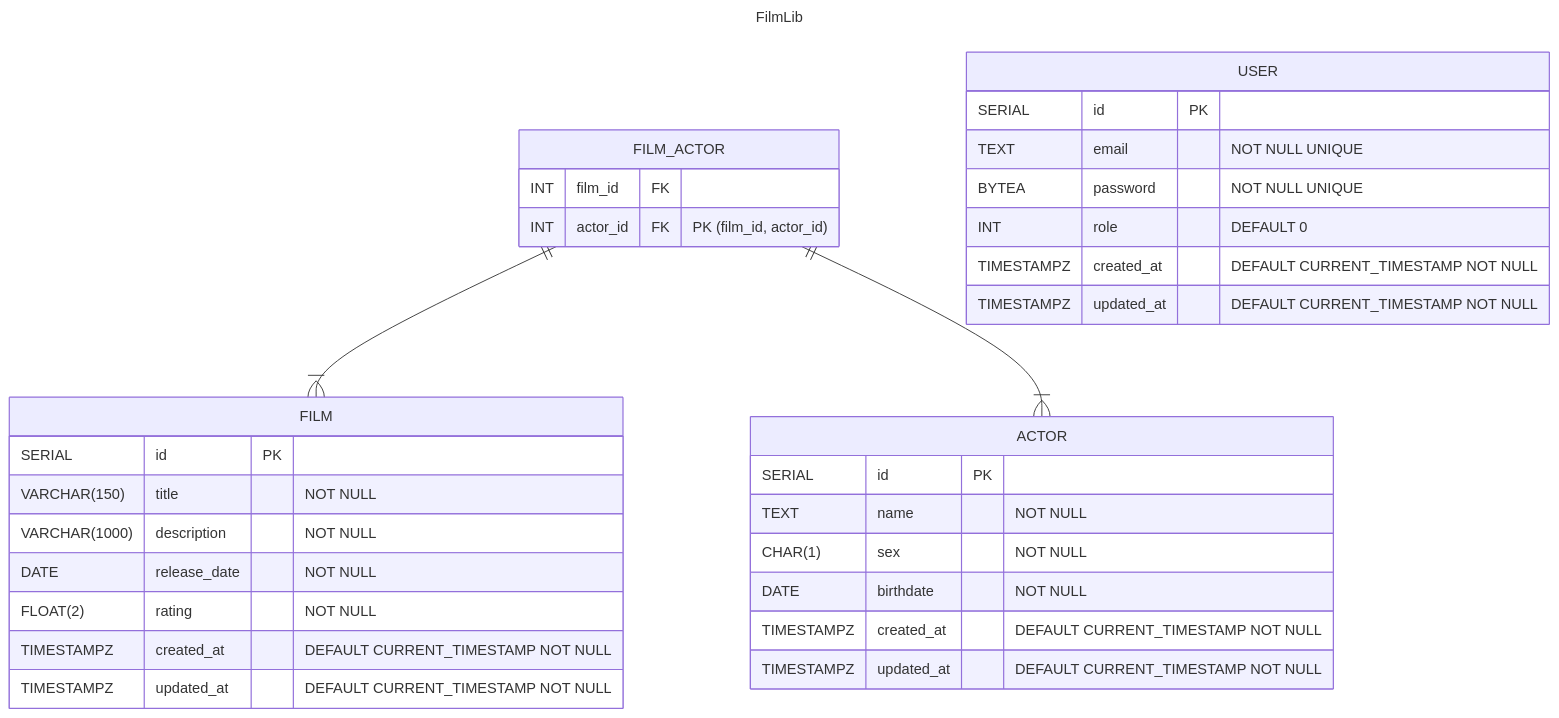
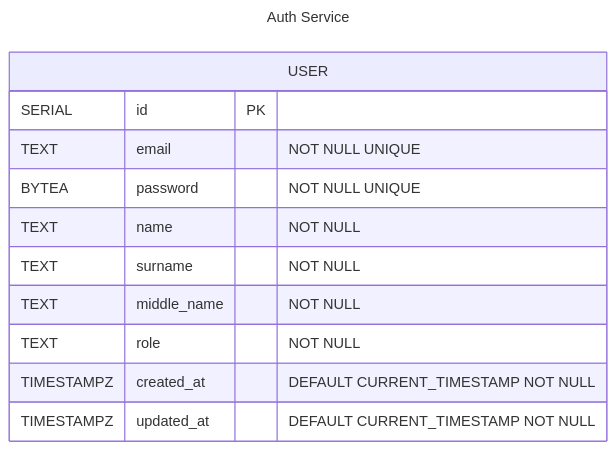
The diagram in docs/db/ER.md (certified-juniors/AtomHackFinalAuthService), drawn with Mermaid before and after one commit. The commit also changed 19 other files, not shown here.

````diff
--- a/docs/db/ER.md
+++ b/docs/db/ER.md
@@ -3,41 +3,17 @@
 ```mermaid
 ---
-title: FilmLib
+title: Auth Service
 ---
 erDiagram
-    ACTOR {
-        SERIAL id PK
-        TEXT name "NOT NULL"
-        CHAR(1) sex "NOT NULL"
-        DATE birthdate "NOT NULL"
-        TIMESTAMPZ created_at "DEFAULT CURRENT_TIMESTAMP NOT NULL"
-        TIMESTAMPZ updated_at "DEFAULT CURRENT_TIMESTAMP NOT NULL"
-    }
-
-    FILM {
-       SERIAL id PK
-       VARCHAR(150) title "NOT NULL"
-       VARCHAR(1000) description "NOT NULL"
-       DATE release_date "NOT NULL"
-       FLOAT(2) rating "NOT NULL"
-       TIMESTAMPZ created_at "DEFAULT CURRENT_TIMESTAMP NOT NULL"
-       TIMESTAMPZ updated_at "DEFAULT CURRENT_TIMESTAMP NOT NULL"
-    }
-
-    FILM_ACTOR ||--|{ FILM: ""
-    FILM_ACTOR ||--|{ ACTOR: ""
-    FILM_ACTOR {
-        INT film_id FK
-        INT actor_id FK
-        "PK (film_id, actor_id)"
-    }
-    
      USER {
         SERIAL id PK
         TEXT email "NOT NULL UNIQUE"
         BYTEA password "NOT NULL UNIQUE"
-        INT role "DEFAULT 0"
+        TEXT name "NOT NULL"
+        TEXT surname "NOT NULL"
+        TEXT middle_name "NOT NULL"
+        TEXT role "NOT NULL"
         TIMESTAMPZ created_at "DEFAULT CURRENT_TIMESTAMP NOT NULL"
         TIMESTAMPZ updated_at "DEFAULT CURRENT_TIMESTAMP NOT NULL"
     }
 ```
````
